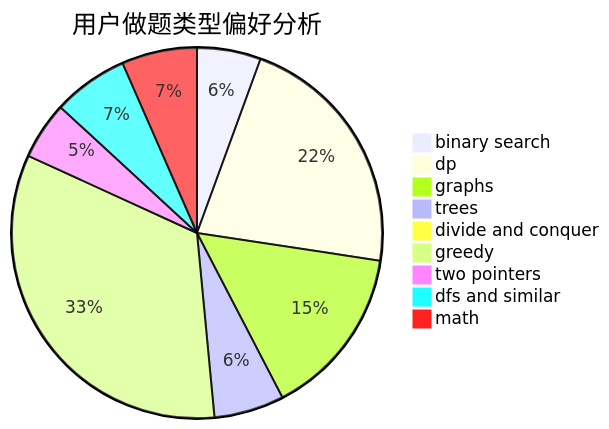
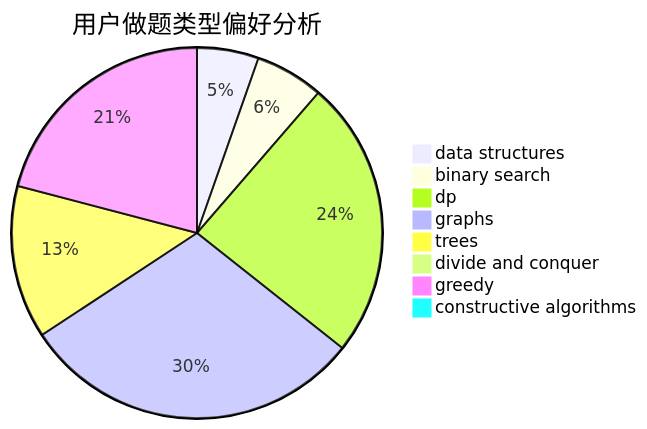
Before and after one commit to sherpahu/cfrs.github.io: the second of 3 diagrams in docs/user/u73.md, drawn with Mermaid. The commit also changed other lines of this file and 2775 other files, not shown here.

````diff
--- a/docs/user/u73.md
+++ b/docs/user/u73.md
@@ -23,12 +23,11 @@
 ```mermaid
 pie title 用户做题类型偏好分析
-    "binary search" :  61
-    "dp" :  239
-    "graphs" :  164
+    "data structures" :  27
+    "binary search" :  30
+    "dp" :  122
+    "graphs" :  151
     "trees" :  67
     "divide and conquer" :  2
-    "greedy" :  365
-    "two pointers" :  55
-    "dfs and similar" :  72
-    "math" :  72
+    "greedy" :  105
+    "constructive algorithms" :  4
 ```
````
